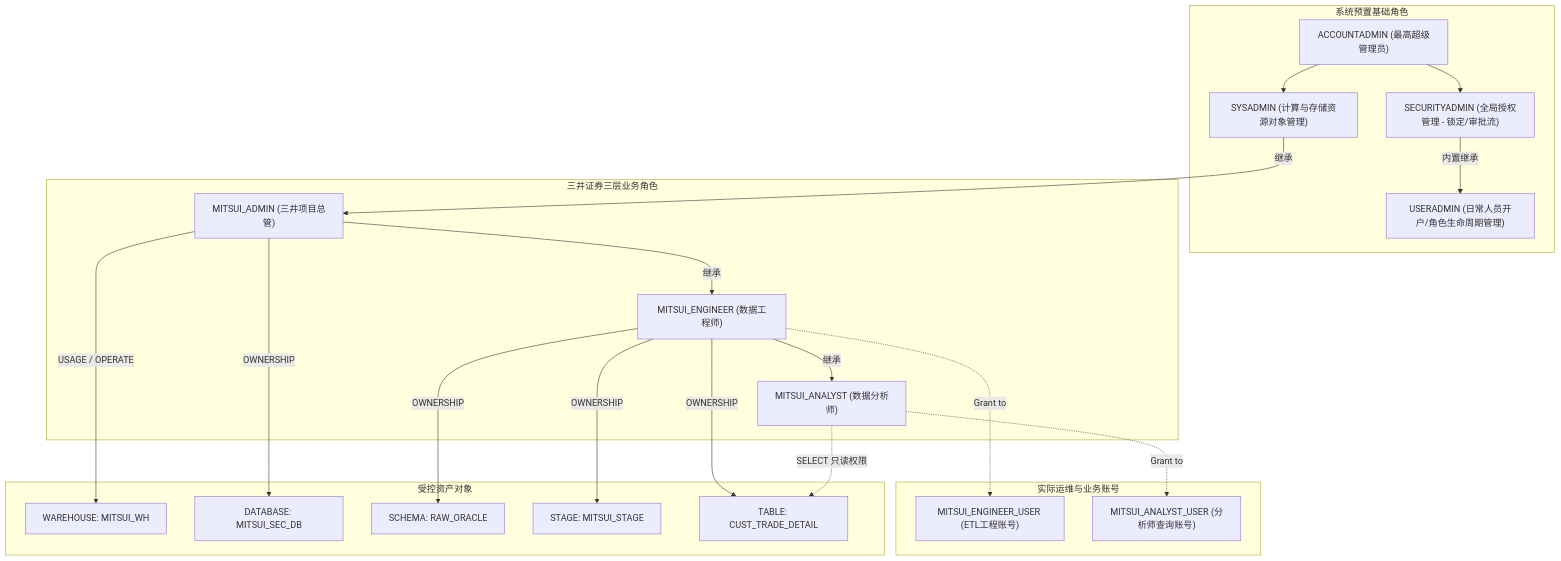
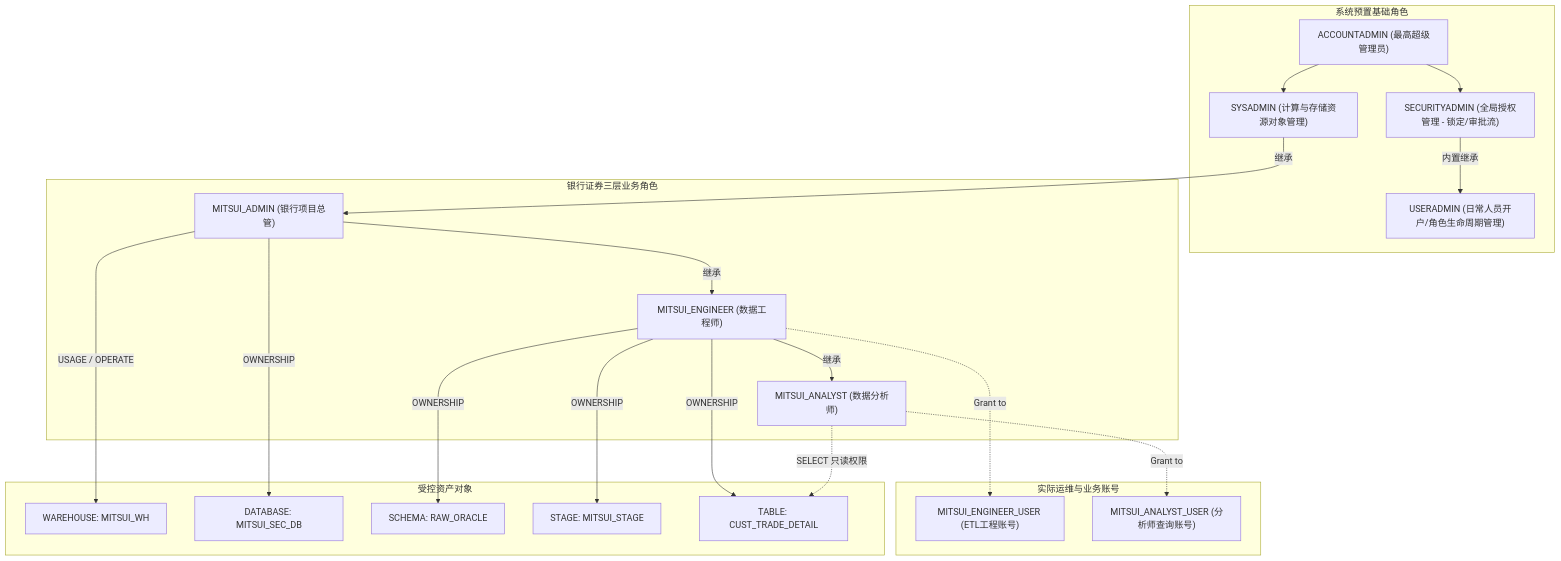
Before and after one commit to BIGMAX-RKO007/snowflakeblog: the first of 2 diagrams in docs/zh/03_snowflake_rbac_setup.md, drawn with Mermaid. The commit also changed other lines of this file and 61 other files, not shown here.

````diff
--- a/docs/zh/03_snowflake_rbac_setup.md
+++ b/docs/zh/03_snowflake_rbac_setup.md
@@ -24,46 +24,46 @@
 ```mermaid
 graph TD
     subgraph SystemRoles ["系统预置基础角色"]
         ACCOUNTADMIN["ACCOUNTADMIN (最高超级管理员)"]
         SECURITYADMIN["SECURITYADMIN (全局授权管理 - 锁定/审批流)"]
         USERADMIN["USERADMIN (日常人员开户/角色生命周期管理)"]
         SYSADMIN["SYSADMIN (计算与存储资源对象管理)"]
         
         ACCOUNTADMIN --> SECURITYADMIN
         SECURITYADMIN -->|内置继承| USERADMIN
         ACCOUNTADMIN --> SYSADMIN
     end
 
-    subgraph CustomRoles ["三井证券三层业务角色"]
-        ADMIN["MITSUI_ADMIN (三井项目总管)"]
+    subgraph CustomRoles ["银行证券三层业务角色"]
+        ADMIN["MITSUI_ADMIN (银行项目总管)"]
         ENG["MITSUI_ENGINEER (数据工程师)"]
         ANA["MITSUI_ANALYST (数据分析师)"]
 
         SYSADMIN -->|继承| ADMIN
         ADMIN -->|继承| ENG
         ENG -->|继承| ANA
     end
 
     subgraph Users ["实际运维与业务账号"]
         U_ENG["MITSUI_ENGINEER_USER (ETL工程账号)"]
         U_ANA["MITSUI_ANALYST_USER (分析师查询账号)"]
 
         ENG -.->|Grant to| U_ENG
         ANA -.->|Grant to| U_ANA
     end
 
     subgraph Objects ["受控资产对象"]
         WH["WAREHOUSE: MITSUI_WH"]
         DB["DATABASE: MITSUI_SEC_DB"]
         SC["SCHEMA: RAW_ORACLE"]
         STG["STAGE: MITSUI_STAGE"]
         TBL["TABLE: CUST_TRADE_DETAIL"]
 
         ADMIN -->|USAGE / OPERATE| WH
         ADMIN -->|OWNERSHIP| DB
         ENG -->|OWNERSHIP| SC
         ENG -->|OWNERSHIP| STG
         ENG -->|OWNERSHIP| TBL
         ANA -.->|SELECT 只读权限| TBL
     end
 ```
````
